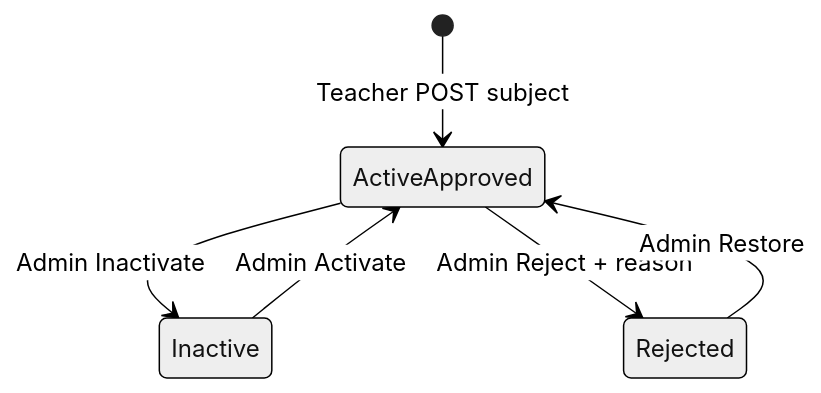
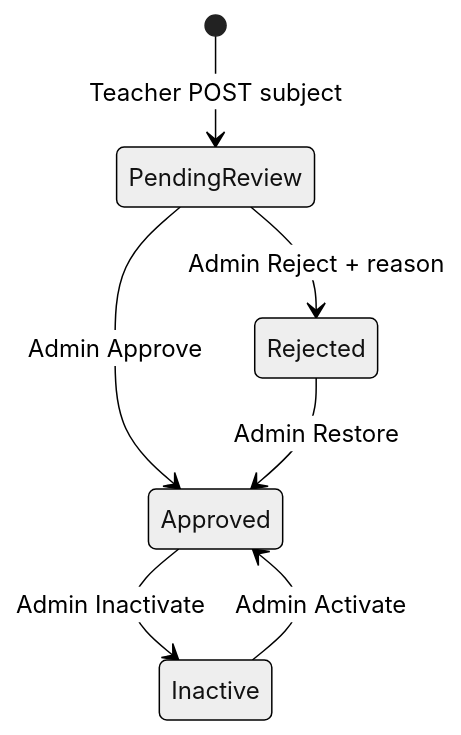
One commit to Mozaffer249/Qalam changed the diagram in docs/Admin-Teacher-Subjects-Frontend.md. Above: the diagram before and after it, drawn with Mermaid (neutral theme). The commit also changed other lines of this file and 34 other files, not shown here.

First line of the commit message:
feat(teacher-management): implement teacher account activation and enhance subject approval process

````diff
--- a/docs/Admin-Teacher-Subjects-Frontend.md
+++ b/docs/Admin-Teacher-Subjects-Frontend.md
@@ -27,8 +29,9 @@
 ```mermaid
 stateDiagram-v2
-  [*] --> ActiveApproved : Teacher POST subject
-  ActiveApproved --> Inactive : Admin Inactivate
-  Inactive --> ActiveApproved : Admin Activate
-  ActiveApproved --> Rejected : Admin Reject + reason
-  Rejected --> ActiveApproved : Admin Restore
+  [*] --> PendingReview : Teacher POST subject
+  PendingReview --> Approved : Admin Approve
+  PendingReview --> Rejected : Admin Reject + reason
+  Rejected --> Approved : Admin Restore
+  Approved --> Inactive : Admin Inactivate
+  Inactive --> Approved : Admin Activate
 ```
````
